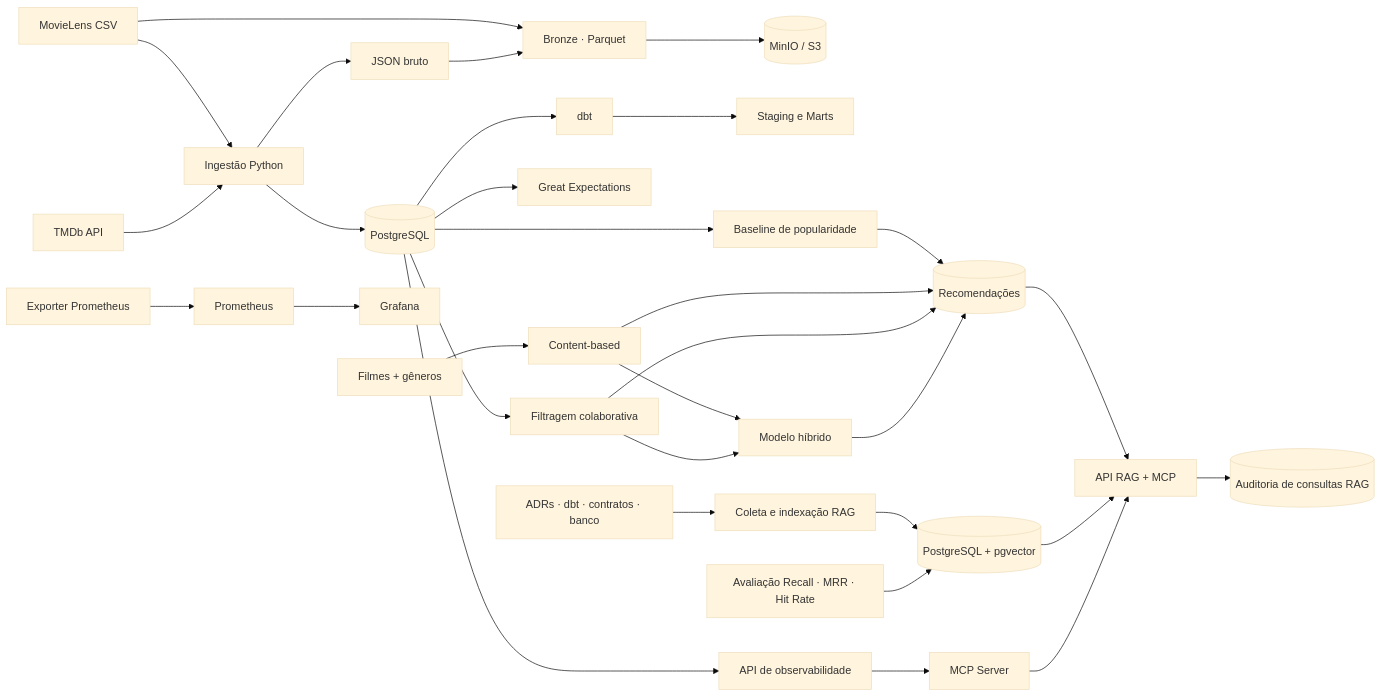
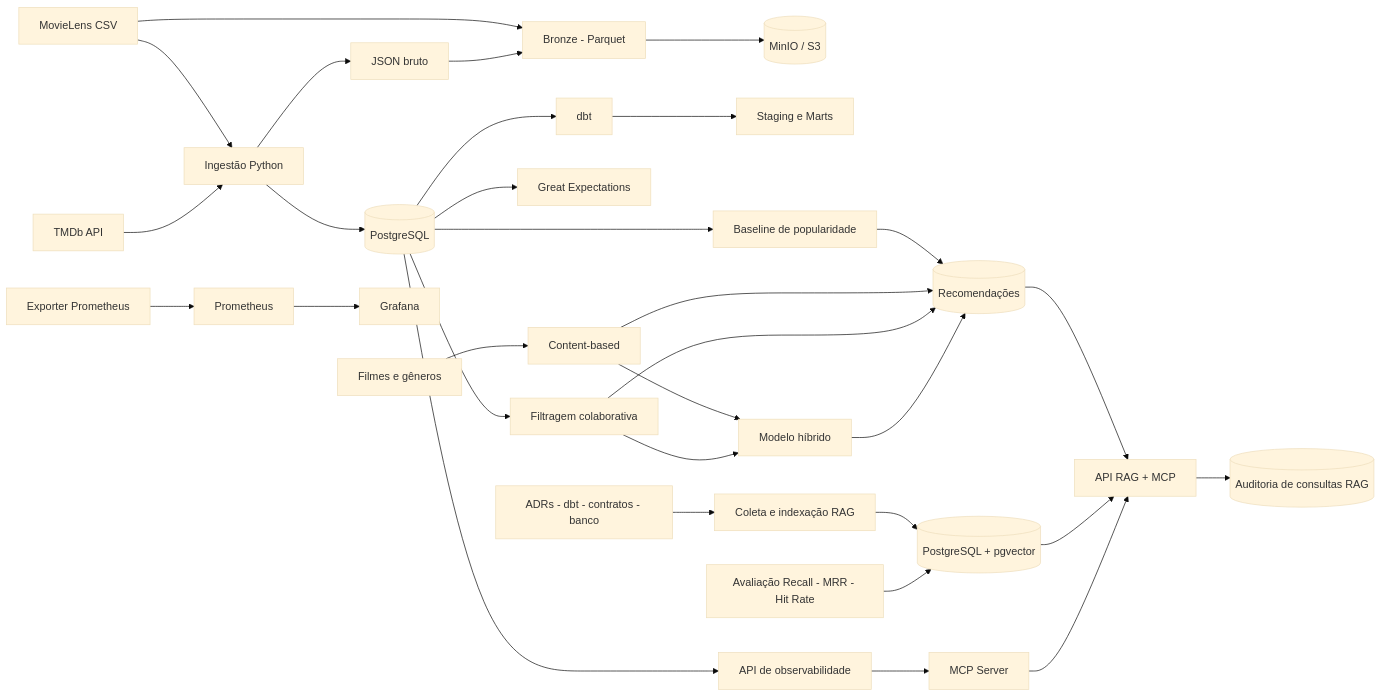
Before and after one commit to CostaPaiiva/CineLake-AI: the diagram in README.md, drawn with Mermaid (base theme). The commit also changed other lines of this file, not shown here.

````diff
--- a/README.md
+++ b/README.md
@@ -72,33 +125,34 @@
 ```mermaid
 flowchart LR
-    ML[MovieLens CSV] --> ING[Ingestão Python]
-    TMDB[TMDb API] --> ING
-    ING --> PG[(PostgreSQL)]
-    ING --> RAW[JSON bruto]
-    ML --> BRONZE[Bronze · Parquet]
+    RAGAPI["API RAG + MCP"]
+    ML["MovieLens CSV"] --> ING["Ingestão Python"]
+    TMDB["TMDb API"] --> ING
+    ING --> PG[("PostgreSQL")]
+    ING --> RAW["JSON bruto"]
+    ML --> BRONZE["Bronze - Parquet"]
     RAW --> BRONZE
-    BRONZE --> MINIO[(MinIO / S3)]
-    PG --> DBT[dbt]
-    DBT --> MARTS[Staging e Marts]
-    PG --> GE[Great Expectations]
-    MOVIES[Filmes + gêneros] --> CB[Content-based]
-    PG --> CF[Filtragem colaborativa]
-    PG --> REC[Baseline de popularidade]
-    CB --> HY[Modelo híbrido]
+    BRONZE --> MINIO[("MinIO / S3")]
+    PG --> DBT["dbt"]
+    DBT --> MARTS["Staging e Marts"]
+    PG --> GE["Great Expectations"]
+    MOVIES["Filmes e gêneros"] --> CB["Content-based"]
+    PG --> CF["Filtragem colaborativa"]
+    PG --> REC["Baseline de popularidade"]
+    CB --> HY["Modelo híbrido"]
     CF --> HY
-    REC --> RECS[(Recomendações)]
+    REC --> RECS[("Recomendações")]
     CB --> RECS
     CF --> RECS
     HY --> RECS
     RECS --> RAGAPI
-    PG --> OBS[API de observabilidade]
-    OBS --> MCP[MCP Server]
-    DOCS[ADRs · dbt · contratos · banco] --> RAG[Coleta e indexação RAG]
-    RAG --> VDB[(PostgreSQL + pgvector)]
-    VDB --> RAGAPI[API RAG + MCP]
+    PG --> OBS["API de observabilidade"]
+    OBS --> MCP["MCP Server"]
+    DOCS["ADRs - dbt - contratos - banco"] --> RAG["Coleta e indexação RAG"]
+    RAG --> VDB[("PostgreSQL + pgvector")]
+    VDB --> RAGAPI
     MCP --> RAGAPI
-    RAGAPI --> RAGLOG[(Auditoria de consultas RAG)]
-    EVAL[Avaliação Recall · MRR · Hit Rate] --> VDB
-    EXP[Exporter Prometheus] --> PROM[Prometheus]
-    PROM --> GRAF[Grafana]
+    RAGAPI --> RAGLOG[("Auditoria de consultas RAG")]
+    EVAL["Avaliação Recall - MRR - Hit Rate"] --> VDB
+    EXP["Exporter Prometheus"] --> PROM["Prometheus"]
+    PROM --> GRAF["Grafana"]
 ```
````
